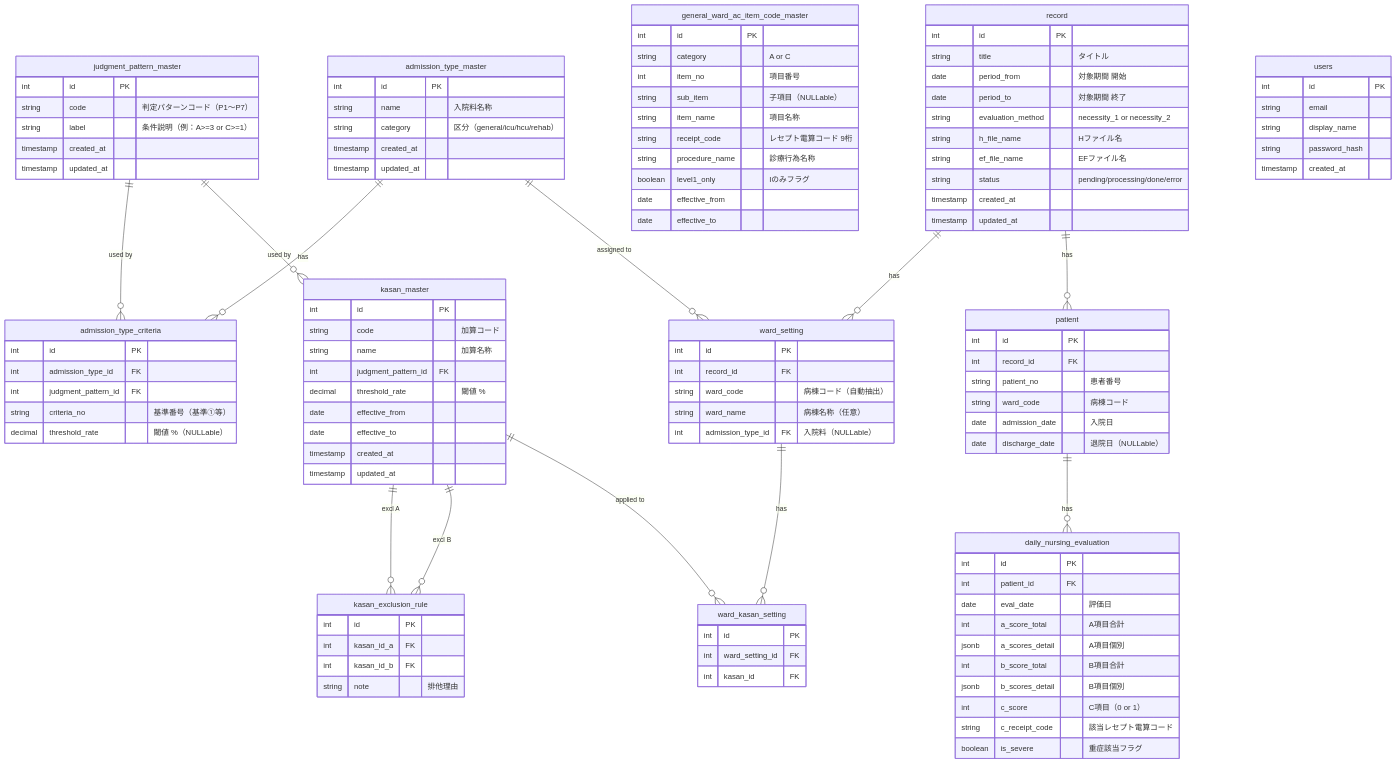
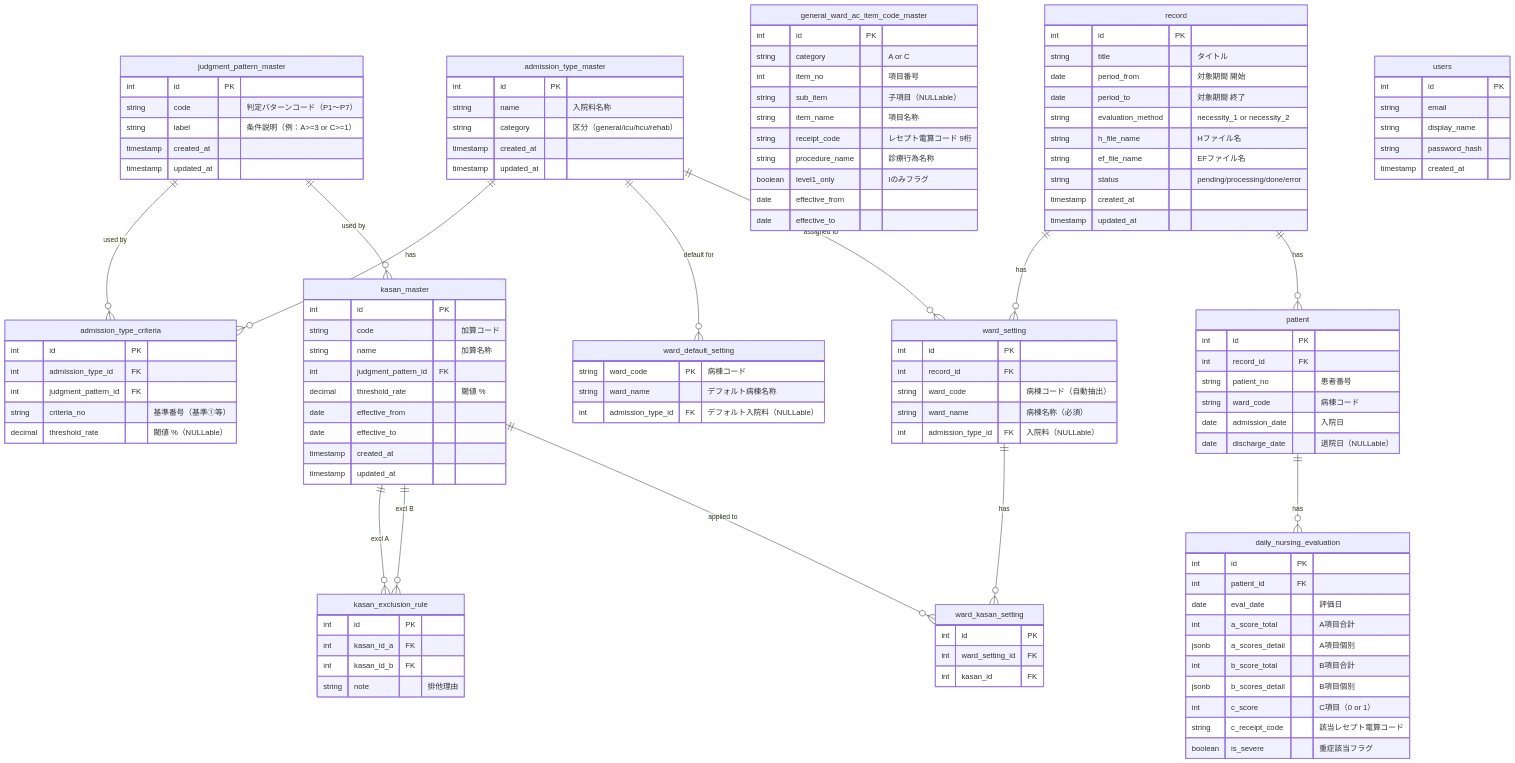
The diagram in docs/ER図_v0_4.md (kumakumaaaaa/Hitsuyodo-Checker), drawn with Mermaid before and after one commit. The commit also changed other lines of this file and 4 other files, not shown here.

```diff
--- a/docs/ER図_v0_4.md
+++ b/docs/ER図_v0_4.md
@@ -53,6 +54,19 @@
     %% リレーション: 判定パターン ↔ 入院料
     admission_type_master ||--o{ admission_type_criteria : "has"
     judgment_pattern_master ||--o{ admission_type_criteria : "used by"
+
+    %% ==============================
+    %% Layer 1: マスタ系（デフォルト設定）
+    %% ==============================
+
+    ward_default_setting {
+        string ward_code PK "病棟コード"
+        string ward_name "デフォルト病棟名称"
+        int admission_type_id FK "デフォルト入院料（NULLable）"
+    }
+
+    %% リレーション: デフォルト設定 → 入院料マスタ
+    admission_type_master ||--o{ ward_default_setting : "default for"
 
     %% ==============================
     %% Layer 1: マスタ系（加算）
@@ -120,7 +134,7 @@
         int id PK
         int record_id FK
         string ward_code "病棟コード（自動抽出）"
-        string ward_name "病棟名称（任意）"
+        string ward_name "病棟名称（必須）"
         int admission_type_id FK "入院料（NULLable）"
     }
 
```
